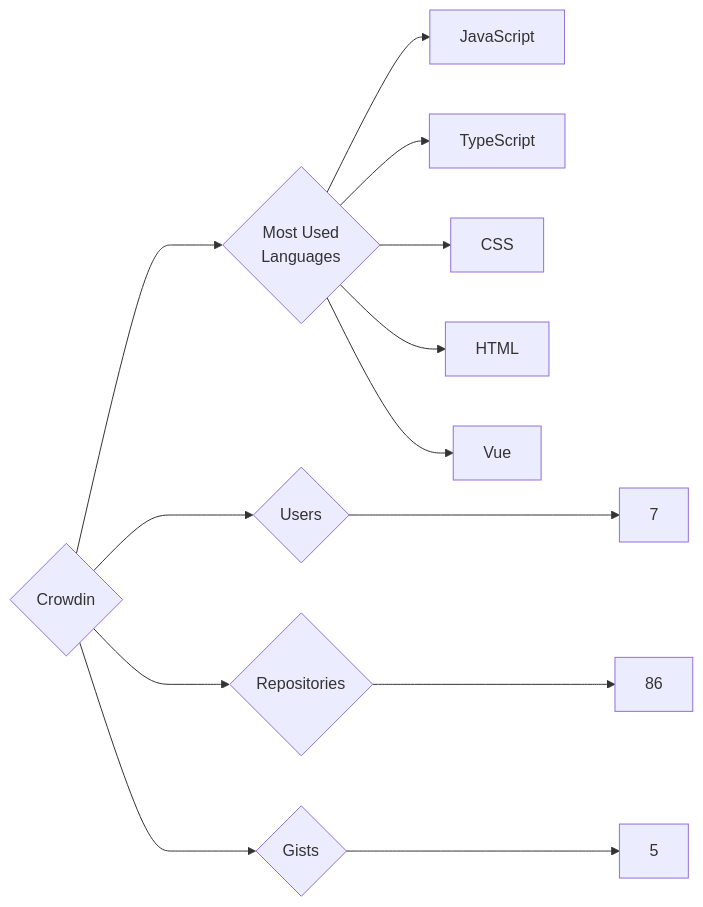
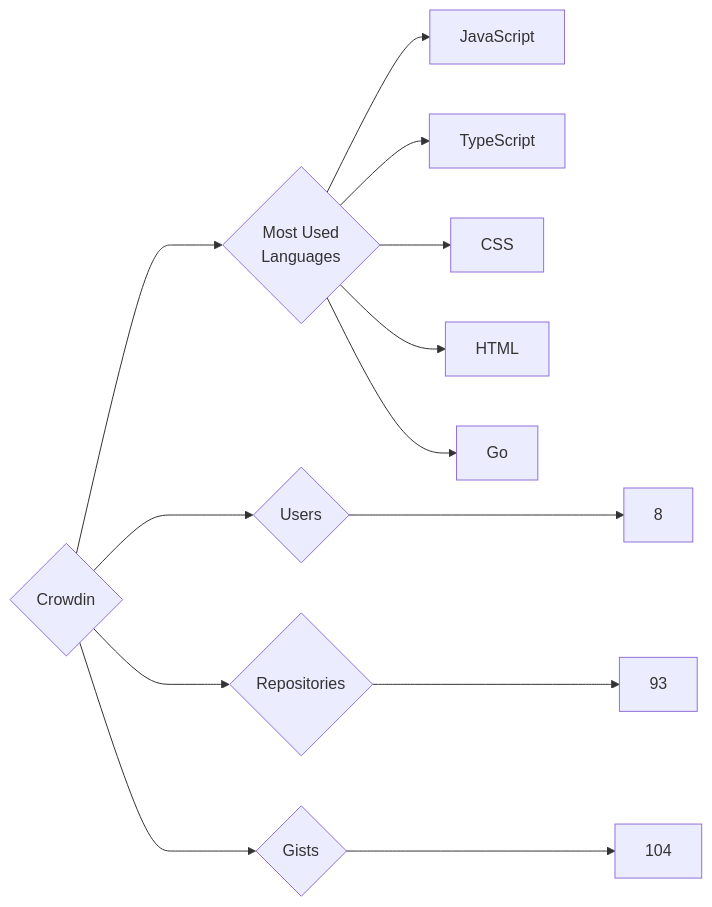
Before and after one commit to trickest/insiders: the diagram in targets/Crowdin/README.md, drawn with Mermaid. The commit also changed 1238 other files, not shown here.

````diff
--- a/targets/Crowdin/README.md
+++ b/targets/Crowdin/README.md
@@ -3,13 +3,13 @@
 ```mermaid
 graph LR
 COMPANY_NAME{Crowdin}
-COMPANY_NAME ---> U{Users} ---> UN[7]
-COMPANY_NAME ---> R{Repositories} ---> RN[86]
-COMPANY_NAME ---> G{Gists} ---> GN[5]
+COMPANY_NAME ---> U{Users} ---> UN[8]
+COMPANY_NAME ---> R{Repositories} ---> RN[93]
+COMPANY_NAME ---> G{Gists} ---> GN[104]
 COMPANY_NAME ---> ML{Most Used<br>Languages}
 ML --> JavaScript[JavaScript]
 ML --> TypeScript[TypeScript]
 ML --> CSS[CSS]
 ML --> HTML[HTML]
-ML --> Vue[Vue]
+ML --> Go[Go]
 ```
````
